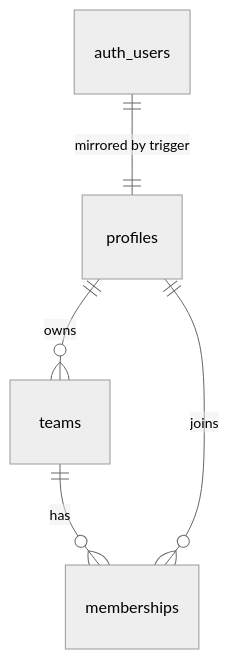
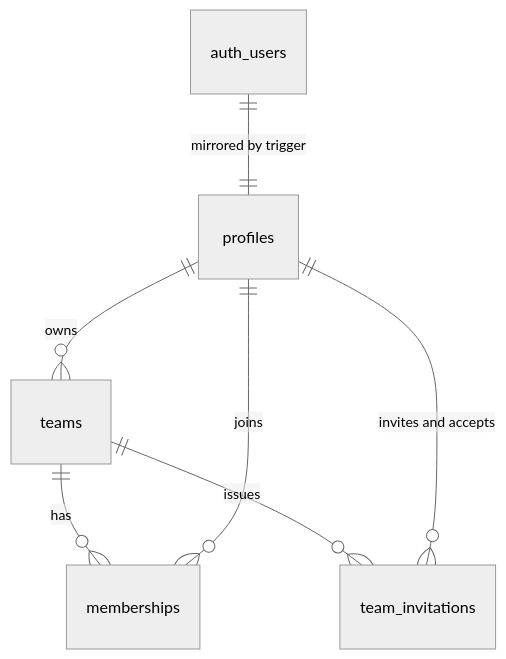
The diagram in docs/database/architecture.md (alejandrovrandecom/dropshipping-operations-platform), drawn with Mermaid (neutral theme) before and after one commit. The commit also changed other lines of this file and 11 other files, not shown here.

Commit message:
feat(identity): add secure team invitations (#10)

````diff
--- a/docs/database/architecture.md
+++ b/docs/database/architecture.md
@@ -15,7 +15,9 @@
 ```mermaid
 erDiagram
   auth_users ||--|| profiles : "mirrored by trigger"
   profiles ||--o{ teams : owns
   teams ||--o{ memberships : has
   profiles ||--o{ memberships : joins
+  teams ||--o{ team_invitations : issues
+  profiles ||--o{ team_invitations : "invites and accepts"
 ```
````
